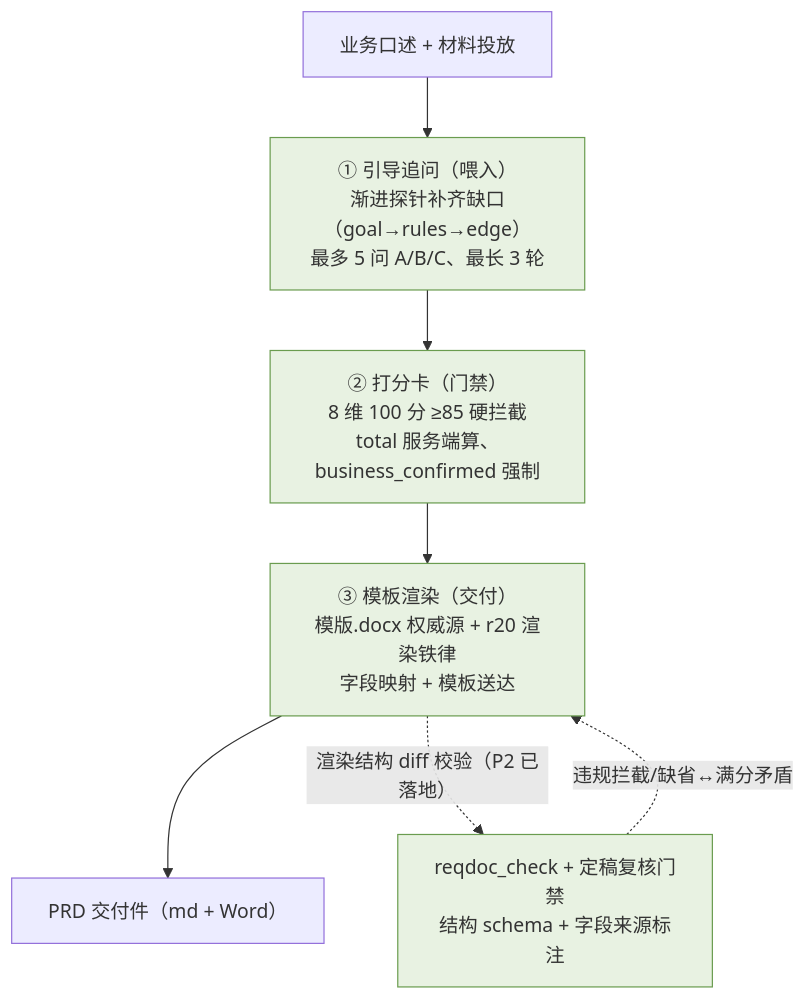
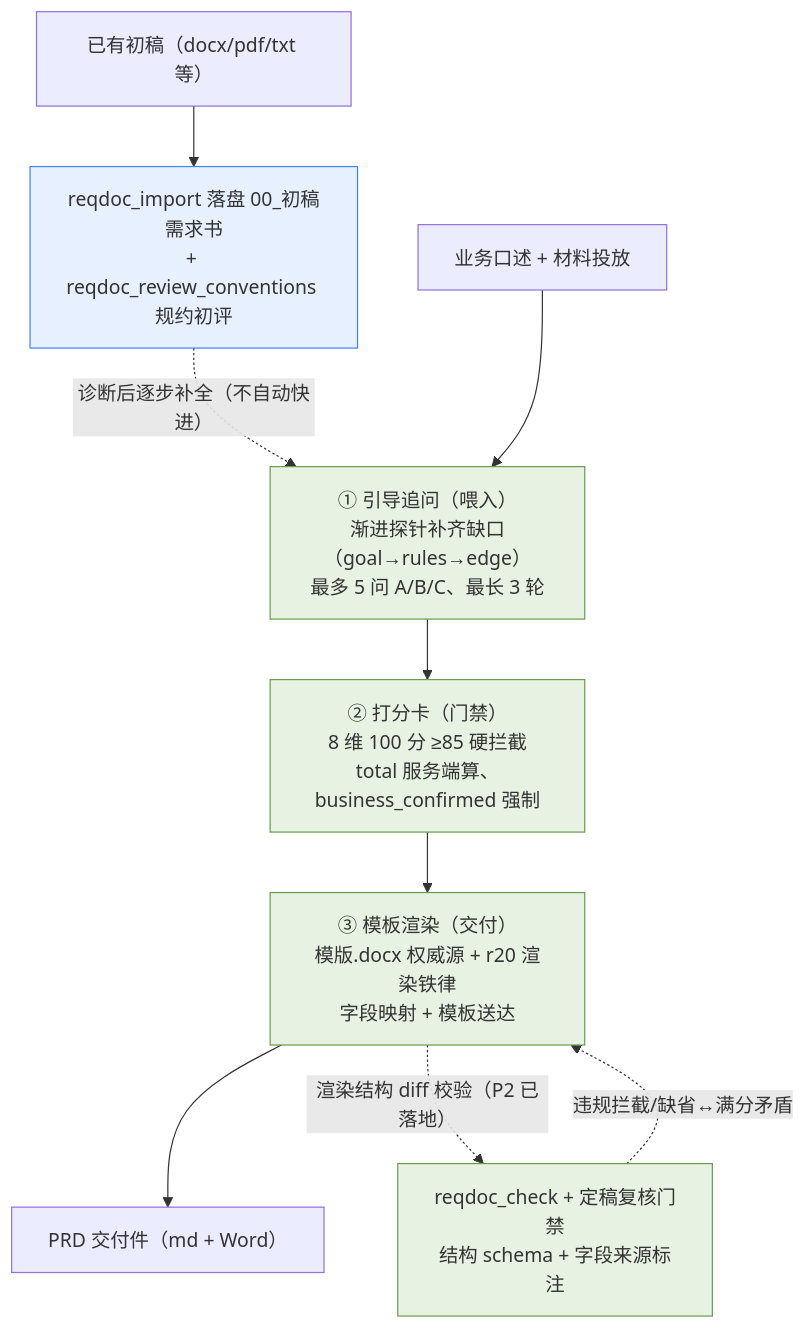
The first of 4 diagrams in opencode-session-mgmt/docs/workflow-reqdoc.md (wonglaitung/opencode), drawn with Mermaid before and after one commit. The commit also changed other lines of this file, not shown here.

First line of the commit message:
docs(reqdoc): 同步设计文档 mermaid 图与规则表（初稿导入/规约初评/双门禁）

````diff
--- a/opencode-session-mgmt/docs/workflow-reqdoc.md
+++ b/opencode-session-mgmt/docs/workflow-reqdoc.md
@@ -19,14 +19,17 @@
 ```mermaid
 flowchart TD
+    IMP["已有初稿（docx/pdf/txt 等）"] --> IMP2["reqdoc_import 落盘 00_初稿需求书<br/>+ reqdoc_review_conventions 规约初评"]
+    IMP2 -. 诊断后逐步补全（不自动快进） .-> A
     I["业务口述 + 材料投放"] --> A["① 引导追问（喂入）<br/>渐进探针补齐缺口（goal→rules→edge）<br/>最多 5 问 A/B/C、最长 3 轮"]
     A --> B["② 打分卡（门禁）<br/>8 维 100 分 ≥85 硬拦截<br/>total 服务端算、business_confirmed 强制"]
     B --> C["③ 模板渲染（交付）<br/>模版.docx 权威源 + r20 渲染铁律<br/>字段映射 + 模板送达"]
     C --> O["PRD 交付件（md + Word）"]
     C -. 渲染结构 diff 校验（P2 已落地） .-> D["reqdoc_check + 定稿复核门禁<br/>结构 schema + 字段来源标注"]
     D -. 违规拦截/缺省↔满分矛盾 .-> C
     %% 风险分布：三大支柱均已结构性固化（绿色）
     style A fill:#e8f2e2,stroke:#6a9c4f
     style B fill:#e8f2e2,stroke:#6a9c4f
     style C fill:#e8f2e2,stroke:#6a9c4f
     style D fill:#e8f2e2,stroke:#6a9c4f
+    style IMP2 fill:#e6f0ff,stroke:#4285f4
 ```
````
